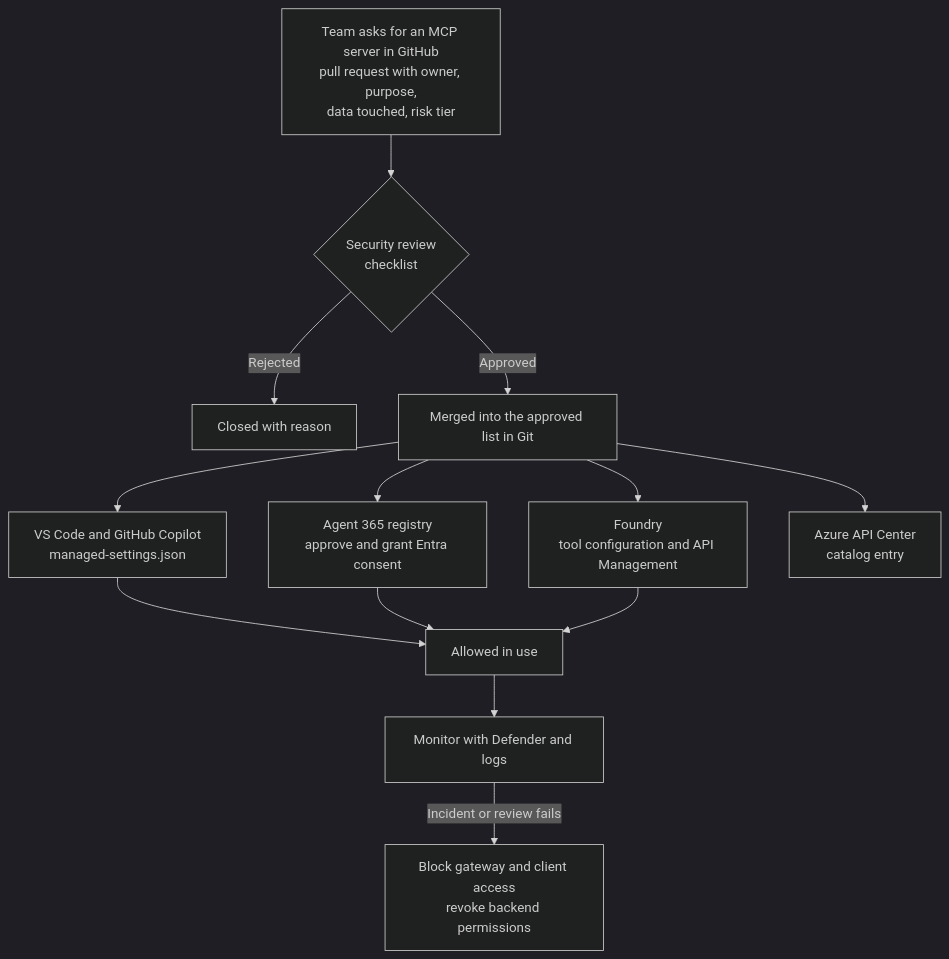
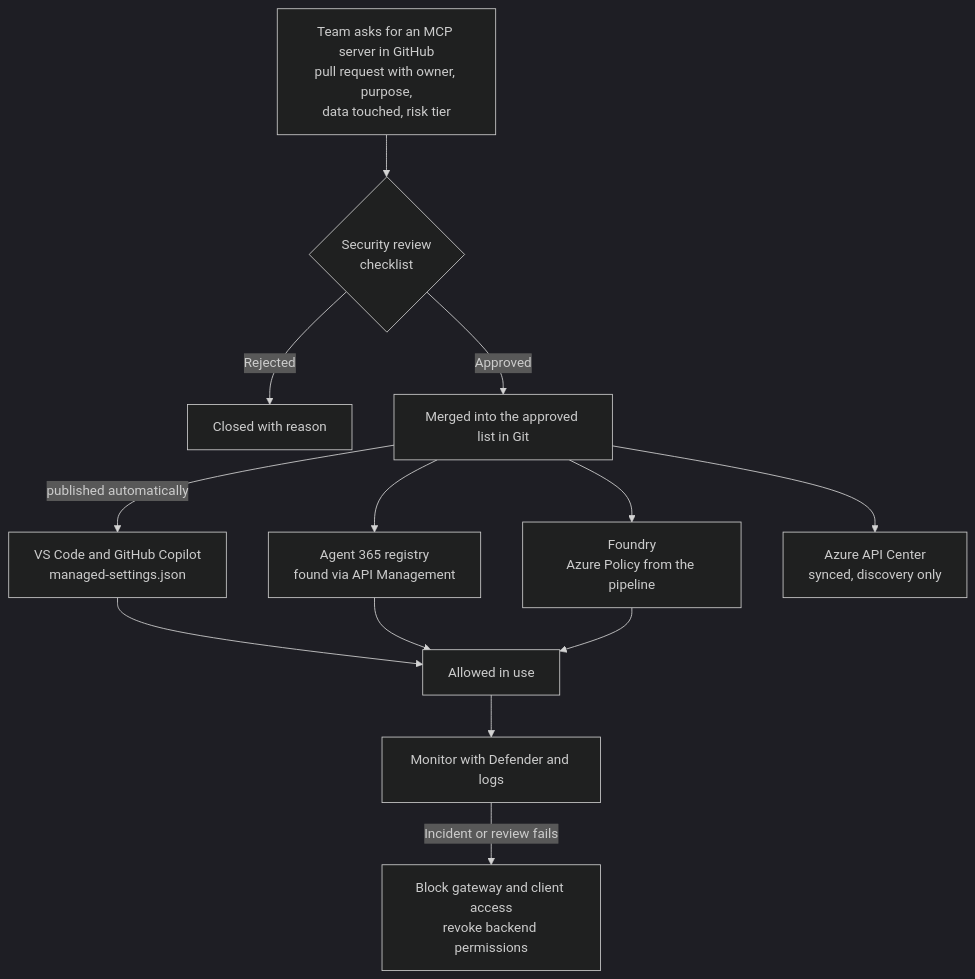
Before and after one commit to kimsyversen/kimsyversen.github.io: the third of 4 diagrams in enterprise-ai-agent-security-recommendation.md, drawn with Mermaid (dark theme). The commit also changed other lines of this file and 4 other files, not shown here.

````diff
--- a/enterprise-ai-agent-security-recommendation.md
+++ b/enterprise-ai-agent-security-recommendation.md
@@ -288,15 +288,15 @@
 ```mermaid
 flowchart TD
     REQ[Team asks for an MCP server in GitHub<br/>pull request with owner, purpose,<br/>data touched, risk tier] --> SEC{Security review<br/>checklist}
     SEC -->|Rejected| END1[Closed with reason]
     SEC -->|Approved| LIST[Merged into the approved list in Git]
-    LIST --> A[VS Code and GitHub Copilot<br/>managed-settings.json]
-    LIST --> B[Agent 365 registry<br/>approve and grant Entra consent]
-    LIST --> C[Foundry<br/>tool configuration and API Management]
-    LIST --> D[Azure API Center<br/>catalog entry]
+    LIST -->|published automatically| A[VS Code and GitHub Copilot<br/>managed-settings.json]
+    LIST --> B[Agent 365 registry<br/>found via API Management]
+    LIST --> C[Foundry<br/>Azure Policy from the pipeline]
+    LIST --> D[Azure API Center<br/>synced, discovery only]
     A --> USE[Allowed in use]
     B --> USE
     C --> USE
     USE --> MON[Monitor with Defender and logs]
     MON -->|Incident or review fails| KILL[Block gateway and client access<br/>revoke backend permissions]
 ```
````
